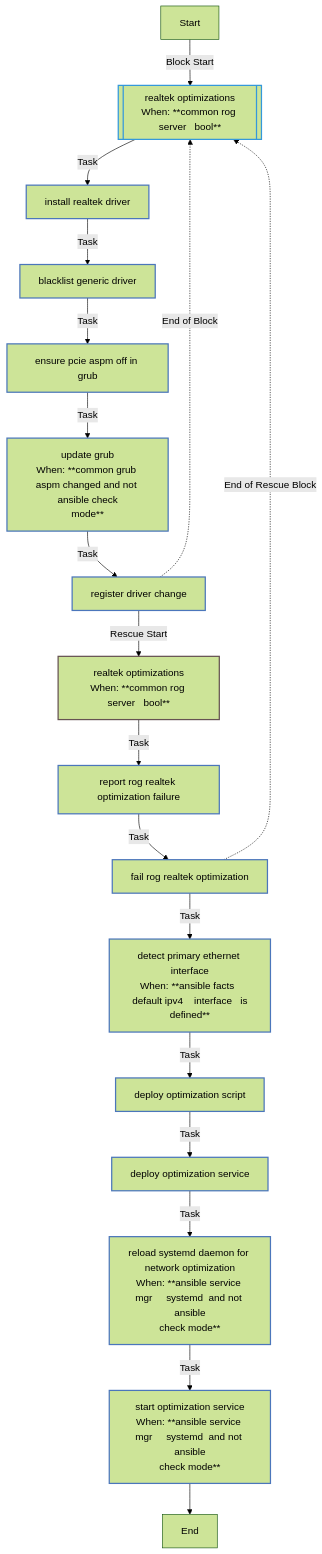
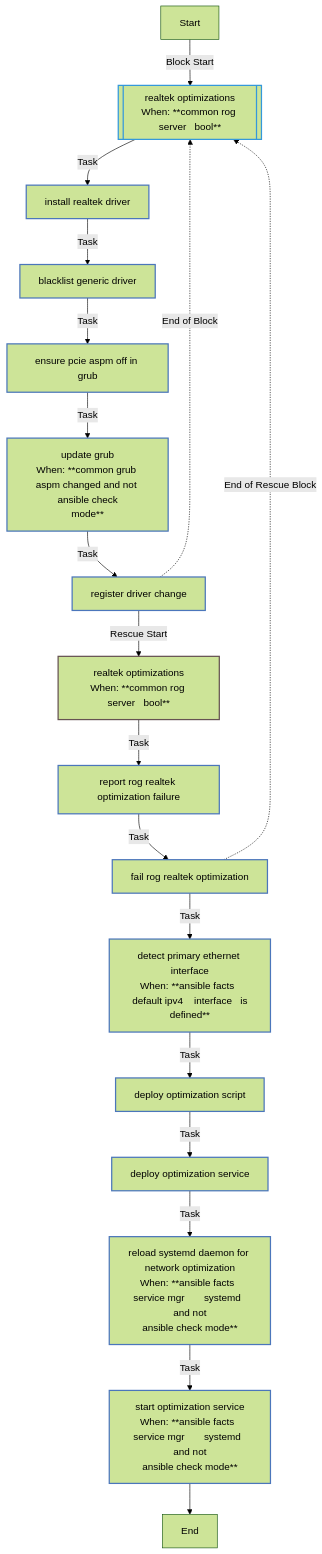
One commit to rou-cru/k3s-homelab changed the sixth of 8 diagrams in roles/common/README.md. Above: the diagram before and after it, drawn with Mermaid (forest theme). The commit also changed other lines of this file and 16 other files, not shown here.

````diff
--- a/roles/common/README.md
+++ b/roles/common/README.md
@@ -601,30 +629,30 @@
 ```mermaid
 flowchart TD
 Start
 classDef block stroke:#3498db,stroke-width:2px;
 classDef task stroke:#4b76bb,stroke-width:2px;
 classDef includeTasks stroke:#16a085,stroke-width:2px;
 classDef importTasks stroke:#34495e,stroke-width:2px;
 classDef includeRole stroke:#2980b9,stroke-width:2px;
 classDef importRole stroke:#699ba7,stroke-width:2px;
 classDef includeVars stroke:#8e44ad,stroke-width:2px;
 classDef rescue stroke:#665352,stroke-width:2px;
 
   Start-->|Block Start| Realtek_optimizations0_block_start_0[[realtek optimizations<br>When: **common rog server   bool**]]:::block
   Realtek_optimizations0_block_start_0-->|Task| Install_Realtek_driver0[install realtek driver]:::task
   Install_Realtek_driver0-->|Task| Blacklist_generic_driver1[blacklist generic driver]:::task
   Blacklist_generic_driver1-->|Task| Ensure_pcie_aspm_off_in_GRUB2[ensure pcie aspm off in grub]:::task
   Ensure_pcie_aspm_off_in_GRUB2-->|Task| Update_GRUB3[update grub<br>When: **common grub aspm changed and not ansible check<br>mode**]:::task
   Update_GRUB3-->|Task| Register_driver_change4[register driver change]:::task
   Register_driver_change4-.->|End of Block| Realtek_optimizations0_block_start_0
   Register_driver_change4-->|Rescue Start| Realtek_optimizations0_rescue_start_0[realtek optimizations<br>When: **common rog server   bool**]:::rescue
   Realtek_optimizations0_rescue_start_0-->|Task| Report_RoG_Realtek_optimization_failure0[report rog realtek optimization failure]:::task
   Report_RoG_Realtek_optimization_failure0-->|Task| Fail_RoG_Realtek_optimization1[fail rog realtek optimization]:::task
   Fail_RoG_Realtek_optimization1-.->|End of Rescue Block| Realtek_optimizations0_block_start_0
   Fail_RoG_Realtek_optimization1-->|Task| Detect_primary_ethernet_interface1[detect primary ethernet interface<br>When: **ansible facts  default ipv4    interface   is<br>defined**]:::task
   Detect_primary_ethernet_interface1-->|Task| Deploy_optimization_script2[deploy optimization script]:::task
   Deploy_optimization_script2-->|Task| Deploy_optimization_service3[deploy optimization service]:::task
-  Deploy_optimization_service3-->|Task| Reload_systemd_daemon_for_network_optimization4[reload systemd daemon for network optimization<br>When: **ansible service mgr     systemd  and not ansible<br>check mode**]:::task
-  Reload_systemd_daemon_for_network_optimization4-->|Task| Start_optimization_service5[start optimization service<br>When: **ansible service mgr     systemd  and not ansible<br>check mode**]:::task
+  Deploy_optimization_service3-->|Task| Reload_systemd_daemon_for_network_optimization4[reload systemd daemon for network optimization<br>When: **ansible facts  service mgr       systemd  and not<br>ansible check mode**]:::task
+  Reload_systemd_daemon_for_network_optimization4-->|Task| Start_optimization_service5[start optimization service<br>When: **ansible facts  service mgr       systemd  and not<br>ansible check mode**]:::task
   Start_optimization_service5-->End
 ```
````
